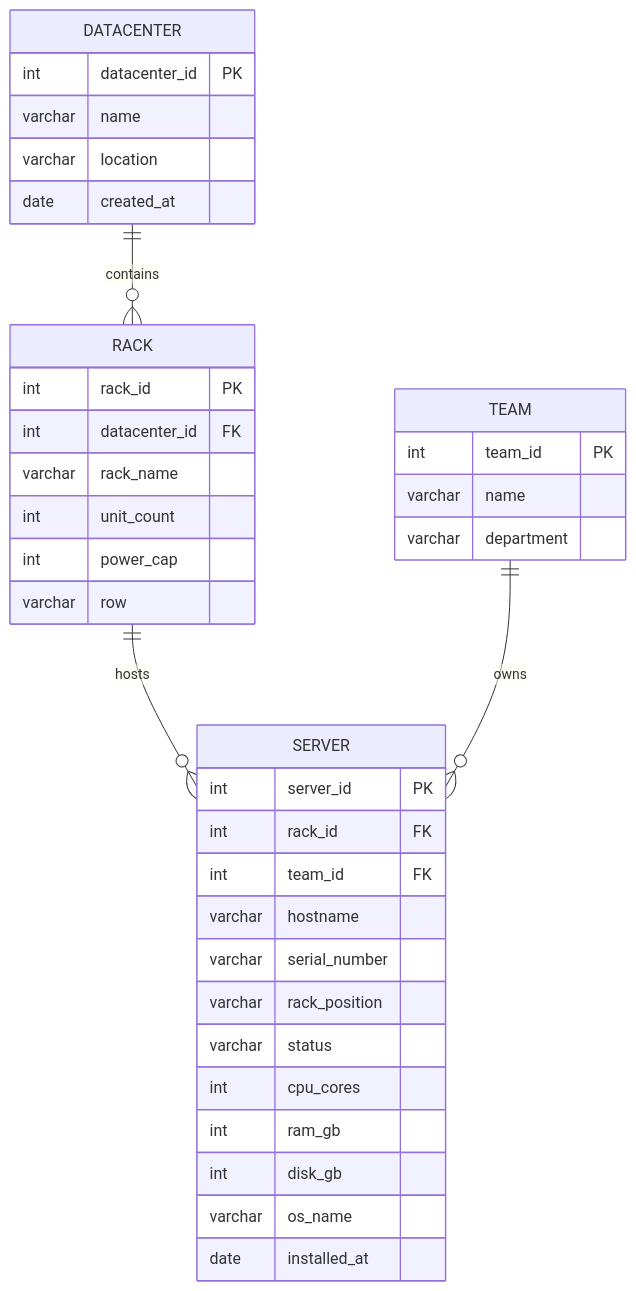
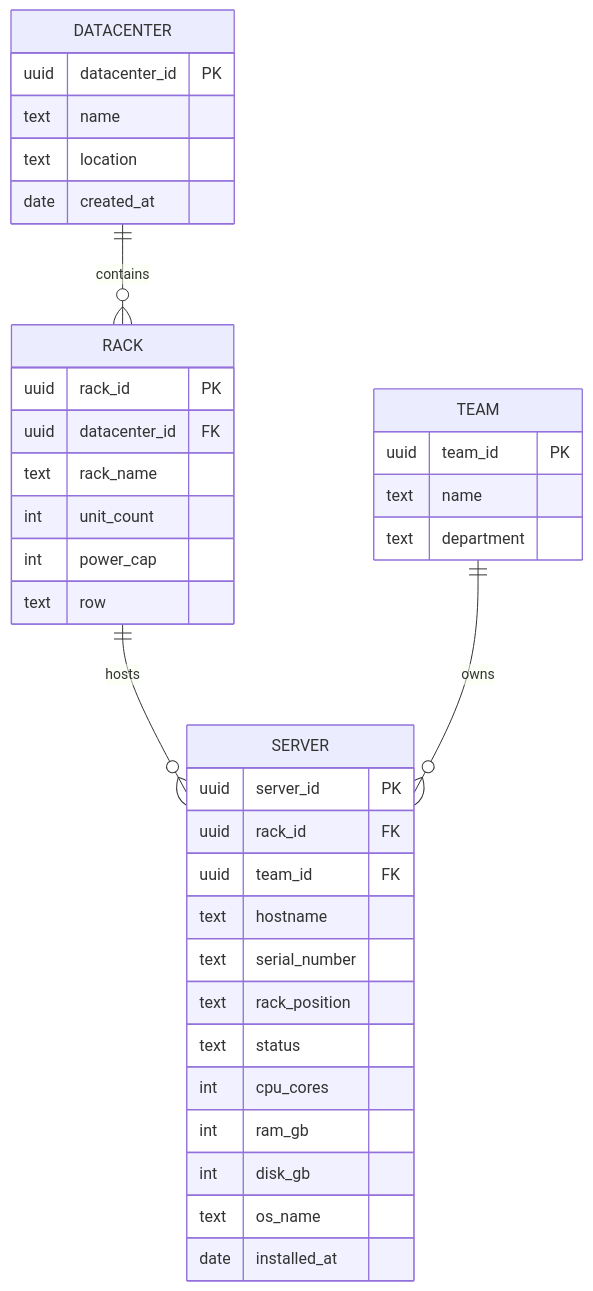
Before and after one commit to n1jke/db-course: the diagram in lr-1/lr-1.md, drawn with Mermaid. The commit also changed other lines of this file and 3 other files, not shown here.

Commit message:
feat: add lr-1/2 - basic of db: er, infolog., datalog. diagrams

````diff
--- a/lr-1/lr-1.md
+++ b/lr-1/lr-1.md
@@ -42,40 +34,40 @@
 ```mermaid
 erDiagram
     DATACENTER ||--o{ RACK : contains
     RACK ||--o{ SERVER : hosts
     TEAM ||--o{ SERVER : owns
 
     DATACENTER {
-        int datacenter_id PK
-        varchar name
-        varchar location
+        uuid datacenter_id PK
+        text name
+        text location
         date created_at
     }
     RACK {
-        int rack_id PK
-        int datacenter_id FK
-        varchar rack_name
+        uuid rack_id PK
+        uuid datacenter_id FK
+        text rack_name
         int unit_count
         int power_cap
-        varchar row
+        text row
     }
     SERVER {
-        int server_id PK
-        int rack_id FK
-        int team_id FK
-        varchar hostname
-        varchar serial_number
-        varchar rack_position
-        varchar status
+        uuid server_id PK
+        uuid rack_id FK
+        uuid team_id FK
+        text hostname
+        text serial_number
+        text rack_position
+        text status
         int cpu_cores
         int ram_gb
         int disk_gb
-        varchar os_name
+        text os_name
         date installed_at
     }
     TEAM {
-        int team_id PK
-        varchar name
-        varchar department
+        uuid team_id PK
+        text name
+        text department
     }
 ```
````
